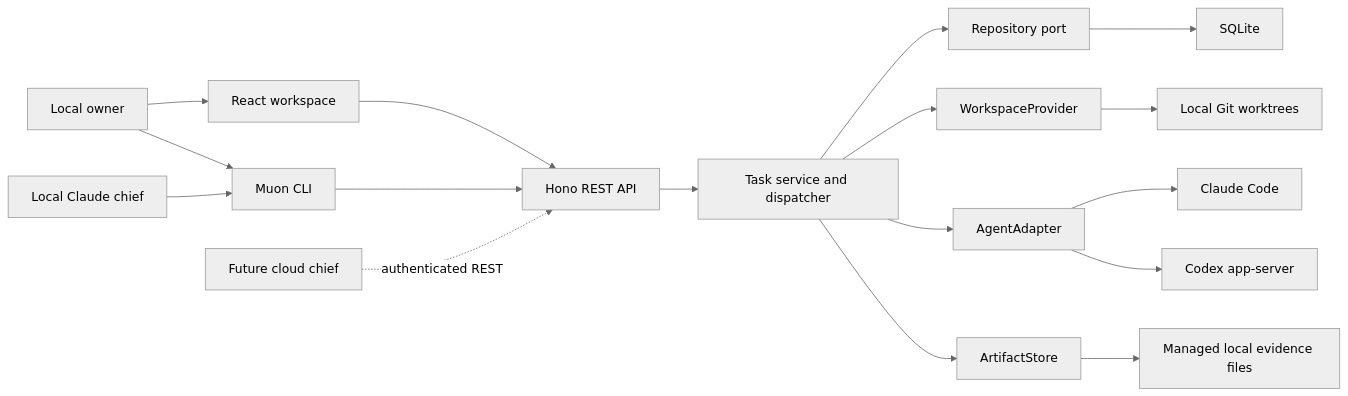
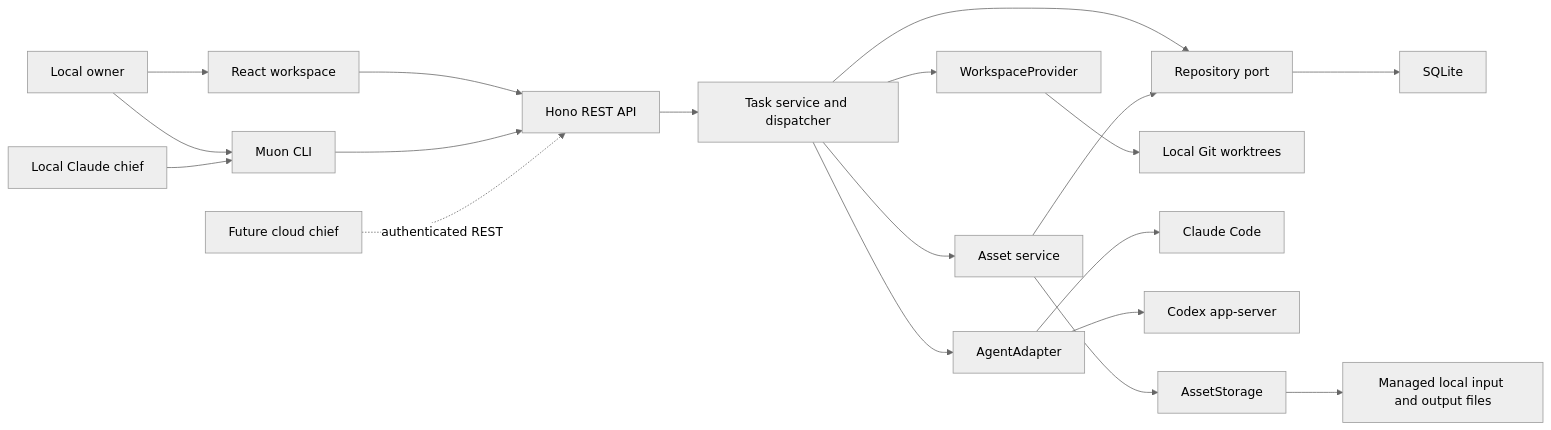
Before and after one commit to yshuolu/muon: the diagram in docs/architecture.md, drawn with Mermaid (neutral theme). The commit also changed other lines of this file and 36 other files, not shown here.

````diff
--- a/docs/architecture.md
+++ b/docs/architecture.md
@@ -7,19 +7,21 @@
 ```mermaid
 flowchart LR
   Owner[Local owner] --> UI[React workspace]
   UI --> HTTP[Hono REST API]
   Owner --> CLI[Muon CLI]
   Chief[Local Claude chief] --> CLI
   CLI --> HTTP
   Cloud[Future cloud chief] -. authenticated REST .-> HTTP
   HTTP --> Service[Task service and dispatcher]
   Service --> Repository[Repository port]
   Repository --> SQLite[SQLite]
   Service --> Workspaces[WorkspaceProvider]
   Workspaces --> Git[Local Git worktrees]
   Service --> Agents[AgentAdapter]
   Agents --> Claude[Claude Code]
   Agents --> Codex[Codex app-server]
-  Service --> Artifacts[ArtifactStore]
-  Artifacts --> Files[Managed local evidence files]
+  Service --> Assets[Asset service]
+  Assets --> Repository
+  Assets --> Storage[AssetStorage]
+  Storage --> Files[Managed local input and output files]
 ```
````
